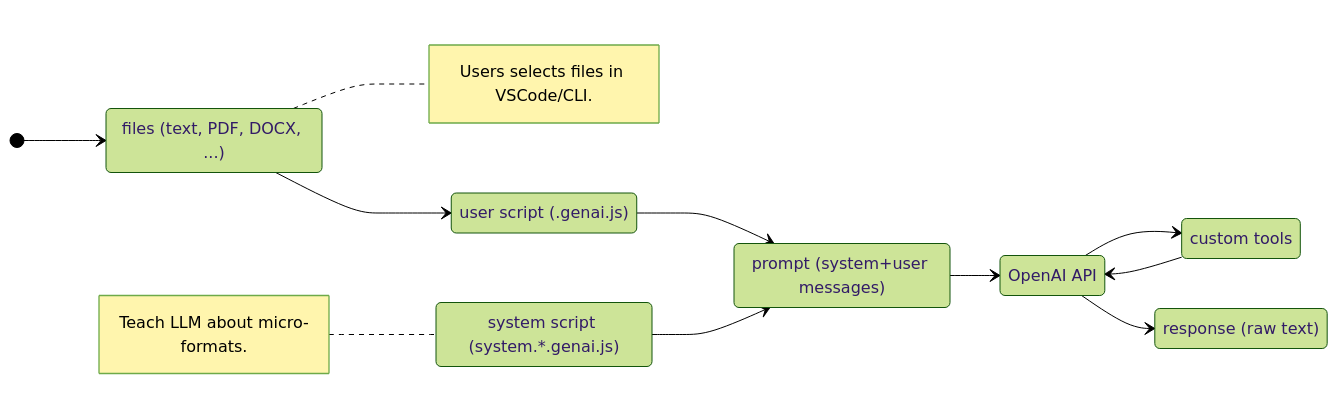
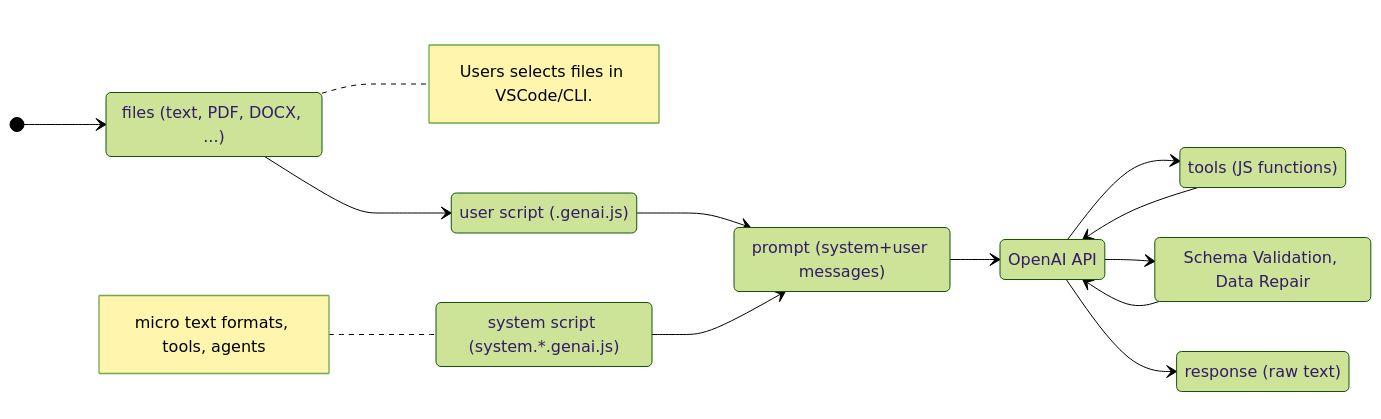
The diagram in slides/pages/script-prompt.md (microsoft/genaiscript), drawn with Mermaid (forest theme) before and after one commit. The commit also changed other lines of this file and 6 other files, not shown here.

````diff
--- a/slides/pages/script-prompt.md
+++ b/slides/pages/script-prompt.md
@@ -8,22 +8,25 @@
 ```mermaid
 
 stateDiagram
   direction LR
     [*] --> context
     context: files (text, PDF, DOCX, ...)
     script : user script (.genai.js)
     prompt : prompt (system+user messages)
     api: OpenAI API
     system: system script (system.*.genai.js)
-    tools: custom tools
+    tools: tools (JS functions)
     context --> script
     note right of context : Users selects files in VSCode/CLI.
     script --> prompt
     system --> prompt
     prompt --> api
     api --> tools
     tools --> api
+    api --> validation
+    validation: Schema Validation, Data Repair
+    validation --> api
     api --> response
-    note left of system: Teach LLM about micro-formats.
+    note left of system: micro text formats, tools, agents
     response: response (raw text)
 ```
````
